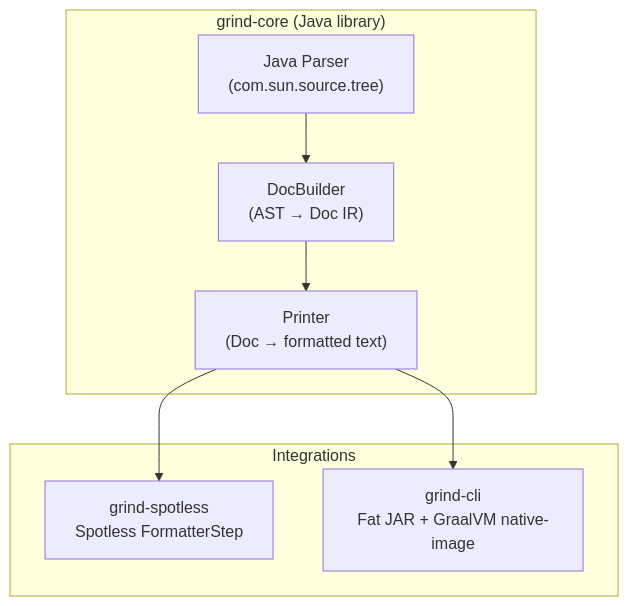
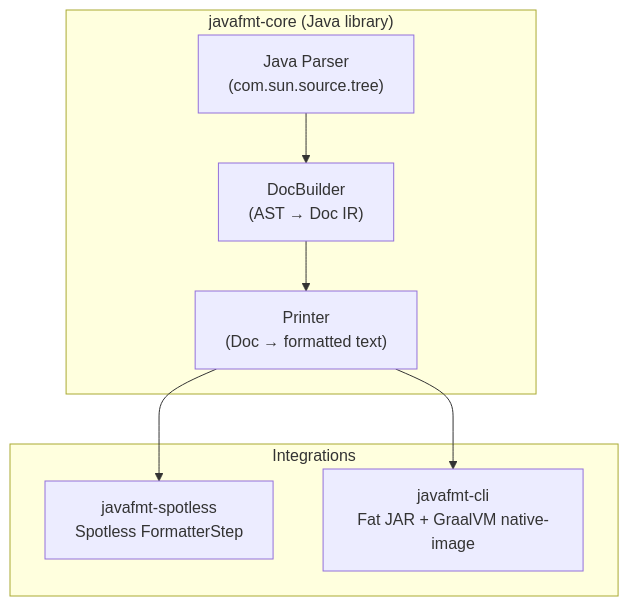
Before and after one commit to javafmt-io/javafmt: the first of 3 diagrams in DESIGN.md, drawn with Mermaid. The commit also changed other lines of this file and 446 other files, not shown here.

Commit message:
refactor: rename grind to javafmt

````diff
--- a/DESIGN.md
+++ b/DESIGN.md
@@ -18,15 +18,15 @@
 ```mermaid
 graph TD
-    subgraph "grind-core (Java library)"
+    subgraph "javafmt-core (Java library)"
         A["Java Parser<br/>(com.sun.source.tree)"] --> B["DocBuilder<br/>(AST → Doc IR)"]
         B --> C["Printer<br/>(Doc → formatted text)"]
     end
 
     subgraph Integrations
-        D["grind-spotless<br/>Spotless FormatterStep"]
-        E["grind-cli<br/>Fat JAR + GraalVM native-image"]
+        D["javafmt-spotless<br/>Spotless FormatterStep"]
+        E["javafmt-cli<br/>Fat JAR + GraalVM native-image"]
     end
 
     C --> D
     C --> E
 ```
````
